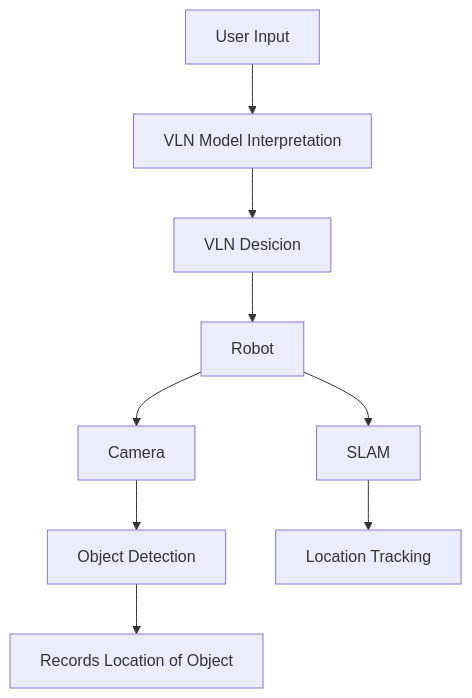
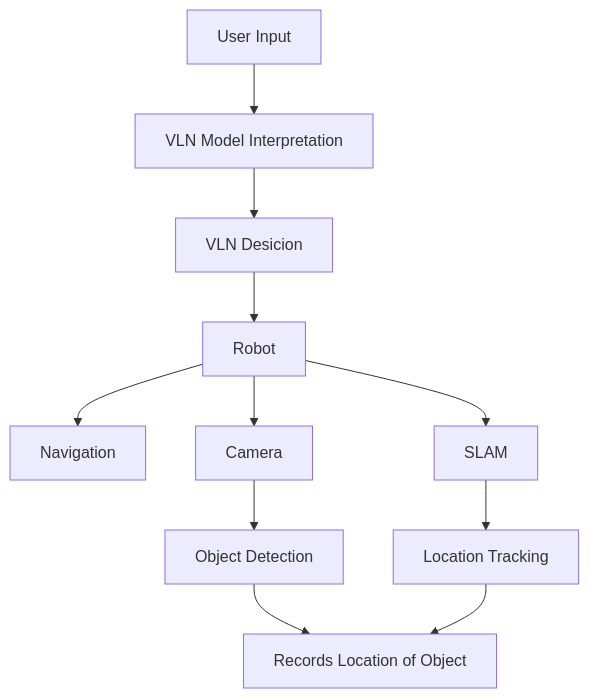
Before and after one commit to AkshayaJeyaprakash/Project_ATOM_RAS598: the diagram in project/report1.md, drawn with Mermaid. The commit also changed 1 other file, not shown here.

Commit message:
testing mermaid graph because I am adding a letter to it out of order and I am concerned about the viability of it

````diff
--- a/project/report1.md
+++ b/project/report1.md
@@ -60,12 +60,14 @@
 ```mermaid
 flowchart TD;
     A["User Input"];
     A --> B["VLN Model Interpretation"];
     B --> C["VLN Desicion"];
     C --> D["Robot"];
+    D --> J["Navigation"];
     D --> E["Camera"];
     D --> F["SLAM"];
     E --> G["Object Detection"];
     F --> H["Location Tracking"];
     G --> I["Records Location of Object"];
+    H --> I;
 ```
````
